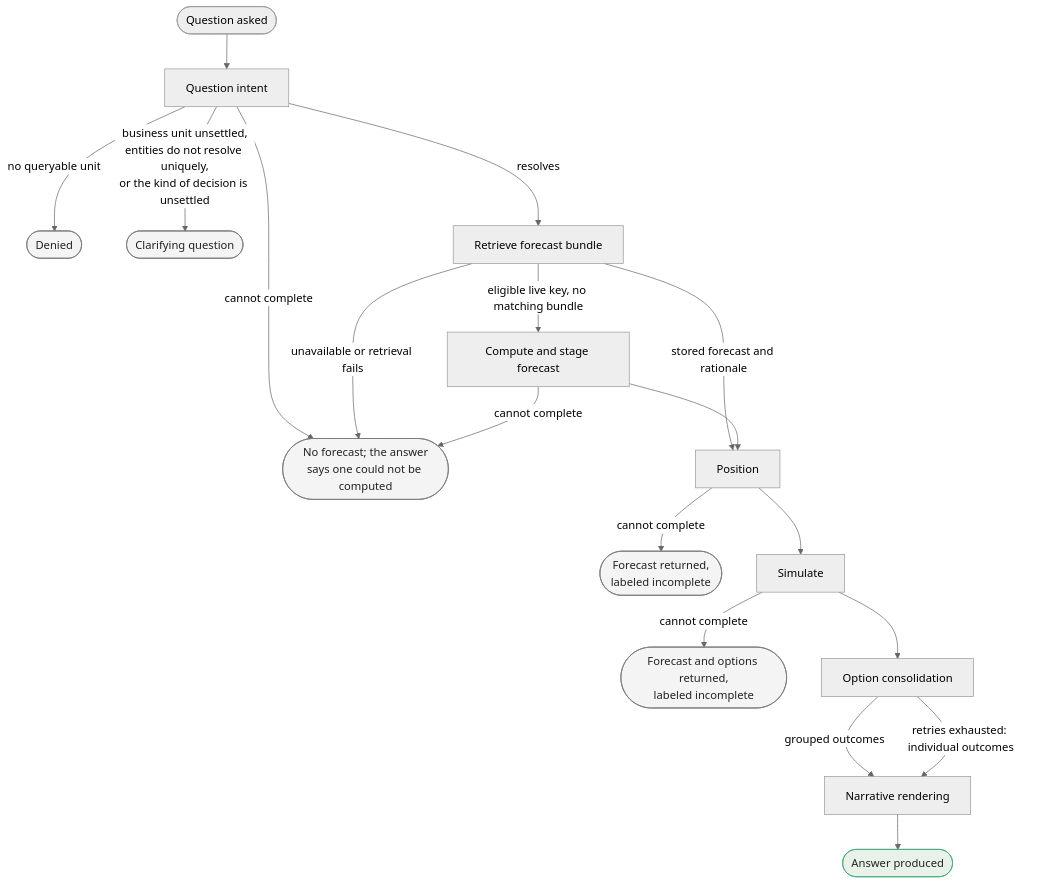
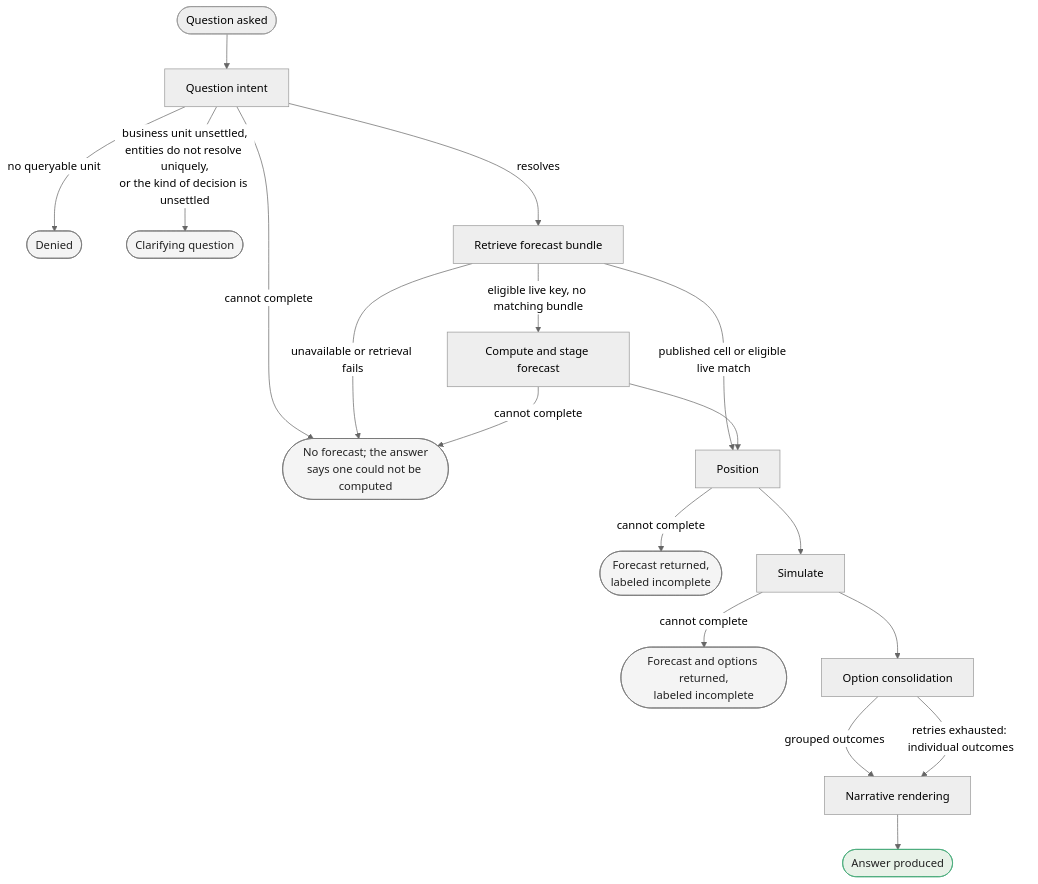
One commit to billy-atkins/price-horizon changed the fifth of 5 diagrams in specs/application/technical/architecture.md. Above: the diagram before and after it, drawn with Mermaid (neutral theme). The commit also changed other lines of this file and 14 other files, not shown here.

````diff
--- a/specs/application/technical/architecture.md
+++ b/specs/application/technical/architecture.md
@@ -255,29 +258,29 @@
 ```mermaid
 ---
 config:
   layout: dagre
 ---
 flowchart TD
     START(["Question asked"]) --> INTENT["Question intent"]
     INTENT -->|"no queryable unit"| DENIED(["Denied"])
     INTENT -->|"business unit unsettled,<br/>entities do not resolve uniquely,<br/>or the kind of decision is unsettled"| CLARIFY(["Clarifying question"])
     INTENT -->|"cannot complete"| PF(["No forecast; the answer<br/>says one could not be computed"])
     INTENT -->|"resolves"| LOOKUP["Retrieve forecast bundle"]
-    LOOKUP -->|"stored forecast and rationale"| POSITION["Position"]
+    LOOKUP -->|"published cell or eligible live match"| POSITION["Position"]
     LOOKUP -->|"eligible live key, no matching bundle"| PREDICT["Compute and stage forecast"]
     LOOKUP -->|"unavailable or retrieval fails"| PF
     PREDICT -->|"cannot complete"| PF
     PREDICT --> POSITION
     POSITION -->|"cannot complete"| POSF(["Forecast returned,<br/>labeled incomplete"])
     POSITION --> SIMULATE["Simulate"]
     SIMULATE -->|"cannot complete"| SIMF(["Forecast and options returned,<br/>labeled incomplete"])
     SIMULATE --> GROUP["Option consolidation"]
     GROUP -->|"grouped outcomes"| RENDER["Narrative rendering"]
     GROUP -->|"retries exhausted: individual outcomes"| RENDER
     RENDER --> AP(["Answer produced"])
 
     classDef stop fill:#f4f4f4,stroke:#777,color:#222
     classDef done fill:#e8f2e8,stroke:#4a7,color:#222
     class DENIED,CLARIFY,PF,POSF,SIMF stop
     class AP done
 ```
````
